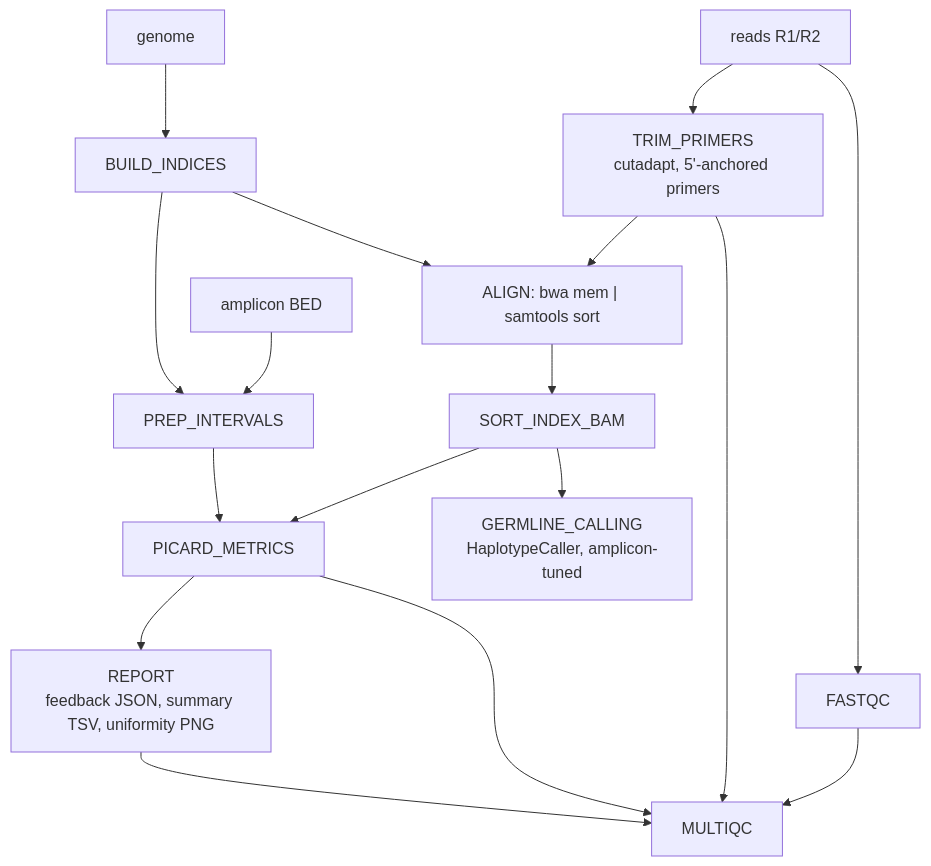
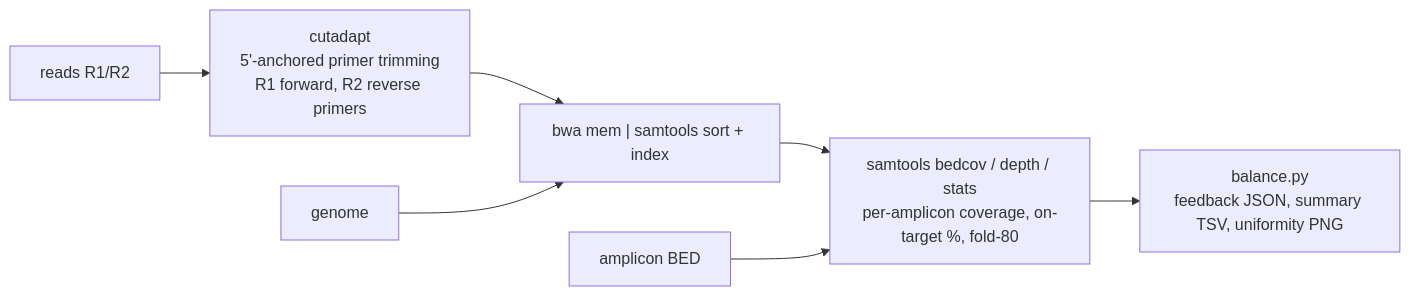
Before and after one commit to AHumanBrain/my_amplicon_project: the fifth of 7 diagrams in README.md, drawn with Mermaid. The commit also changed other lines of this file and 23 other files, not shown here.

````diff
--- a/README.md
+++ b/README.md
@@ -242,16 +242,9 @@
 ```mermaid
-flowchart TD
-    R["reads R1/R2"] --> FQ["FASTQC"]
-    R --> TR["TRIM_PRIMERS<br/>cutadapt, 5'-anchored primers"]
-    GN["genome"] --> BI["BUILD_INDICES"]
-    BED["amplicon BED"] --> PI["PREP_INTERVALS"]
-    BI --> PI
-    TR --> AL["ALIGN: bwa mem | samtools sort"]
-    BI --> AL
-    AL --> SI["SORT_INDEX_BAM"]
-    SI --> PM["PICARD_METRICS"]
-    PI --> PM
-    SI --> VC["GERMLINE_CALLING<br/>HaplotypeCaller, amplicon-tuned"]
-    PM --> RP["REPORT<br/>feedback JSON, summary TSV, uniformity PNG"]
-    FQ & TR & PM & RP --> MQ["MULTIQC"]
+flowchart LR
+    R["reads R1/R2"] --> TR["cutadapt<br/>5'-anchored primer trimming<br/>R1 forward, R2 reverse primers"]
+    TR --> AL["bwa mem | samtools sort + index"]
+    GN["genome"] --> AL
+    AL --> M["samtools bedcov / depth / stats<br/>per-amplicon coverage, on-target %, fold-80"]
+    BED["amplicon BED"] --> M
+    M --> RP["balance.py<br/>feedback JSON, summary TSV, uniformity PNG"]
 ```
````
